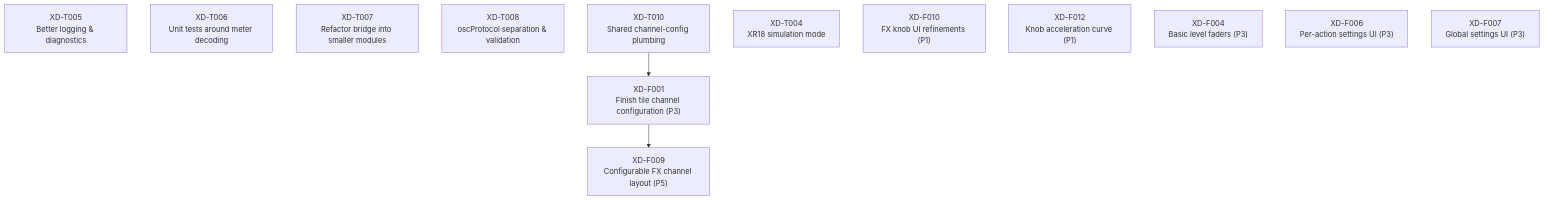
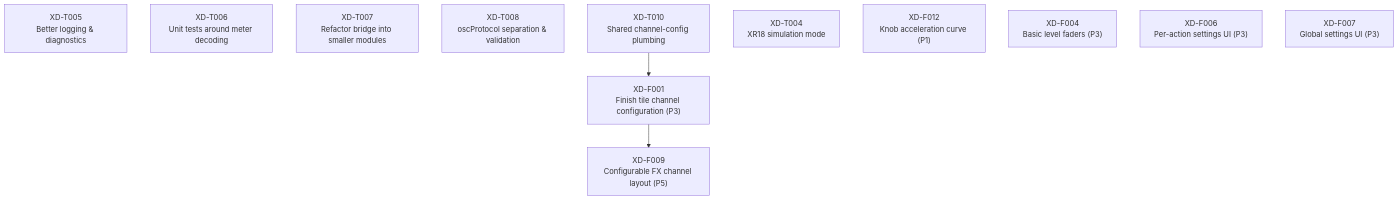
One commit to razielpanic/xr18-streamdock changed the diagram in BACKLOG.md. Above: the diagram before and after it, drawn with Mermaid. The commit also changed other lines of this file and 2 other files, not shown here.

Commit message:
Enhance FX knob UI layout to a four-line display

````diff
--- a/BACKLOG.md
+++ b/BACKLOG.md
@@ -57,25 +56,24 @@
 ```mermaid
 graph TD
 
 %% TECH TASKS
 XD-T005["XD-T005\nBetter logging & diagnostics"]
 XD-T006["XD-T006\nUnit tests around meter decoding"]
 XD-T007["XD-T007\nRefactor bridge into smaller modules"]
 XD-T008["XD-T008\noscProtocol separation & validation"]
 XD-T010["XD-T010\nShared channel-config plumbing"]
 XD-T004["XD-T004\nXR18 simulation mode"]
 
 %% FEATURES
-XD-F010["XD-F010\nFX knob UI refinements (P1)"]
 XD-F012["XD-F012\nKnob acceleration curve (P1)"]
 XD-F004["XD-F004\nBasic level faders (P3)"]
 XD-F006["XD-F006\nPer-action settings UI (P3)"]
 XD-F007["XD-F007\nGlobal settings UI (P3)"]
 XD-F001["XD-F001\nFinish tile channel configuration (P3)"]
 XD-F009["XD-F009\nConfigurable FX channel layout (P5)"]
 
 %% DEPENDENCIES
 XD-T010 --> XD-F001
 XD-F001 --> XD-F009
 
 ``` 
````
